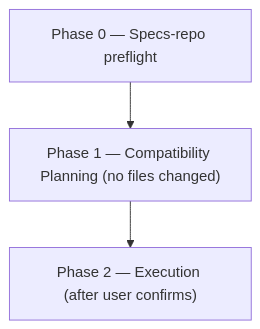
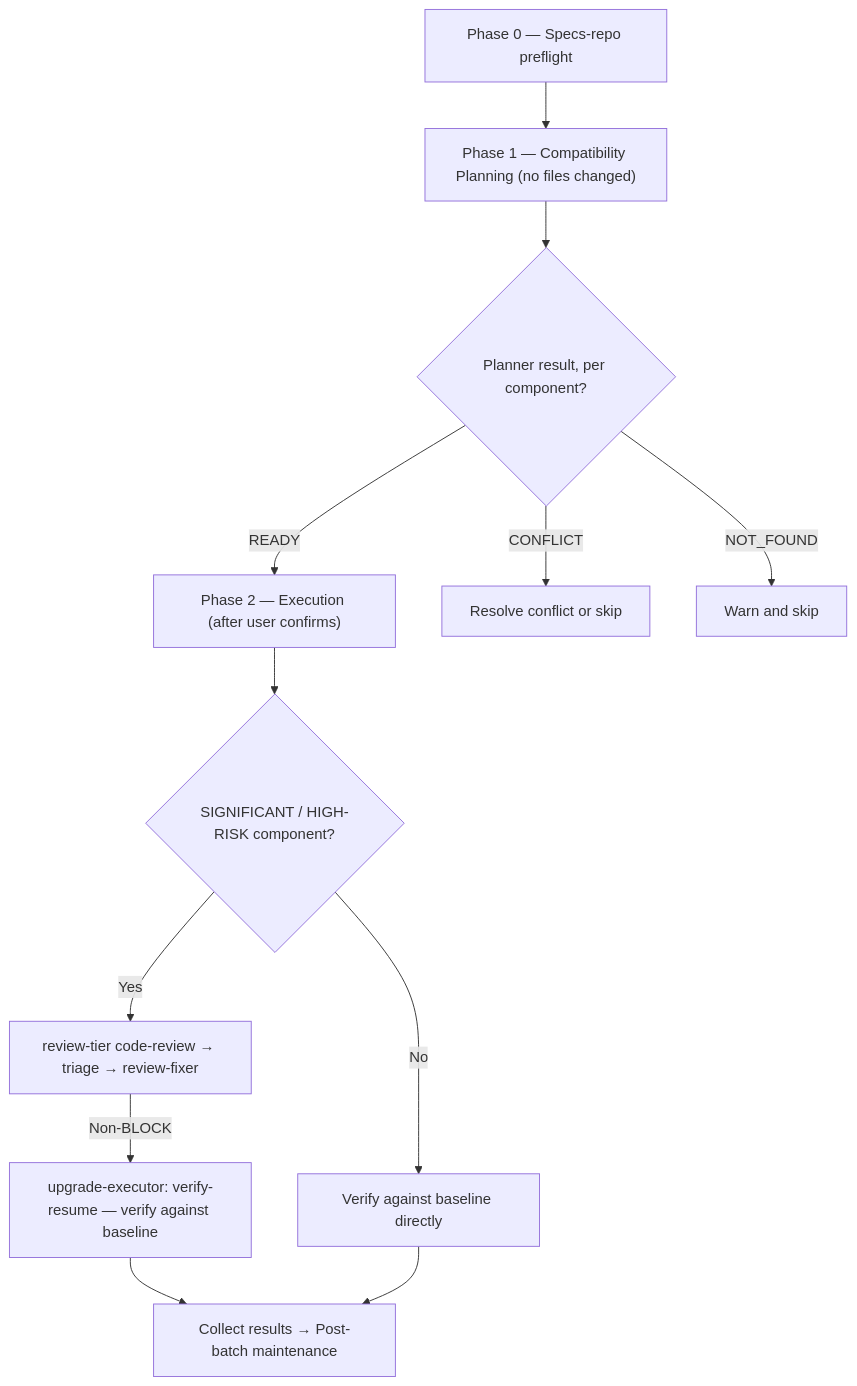
The diagram in dev-workflows/docs/skills/upgrade.md (ihudak/ihudak-copilot-plugins), drawn with Mermaid before and after one commit. The commit also changed 20 other files, not shown here.

First line of the commit message:
fix: workflow contracts — baseliner rows, release-note gap kinds, diagrams

````diff
--- a/dev-workflows/docs/skills/upgrade.md
+++ b/dev-workflows/docs/skills/upgrade.md
@@ -19,5 +19,14 @@
 ```mermaid
 flowchart TD
     p0["Phase 0 — Specs-repo preflight"] --> p1["Phase 1 — Compatibility Planning (no files changed)"]
-    p1 --> p2["Phase 2 — Execution (after user confirms)"]
+    p1 --> d1{"Planner result, per component?"}
+    d1 -->|READY| p2["Phase 2 — Execution (after user confirms)"]
+    d1 -->|CONFLICT| conflict["Resolve conflict or skip"]
+    d1 -->|NOT_FOUND| skip["Warn and skip"]
+    p2 --> d2{"SIGNIFICANT / HIGH-RISK component?"}
+    d2 -->|Yes| rv["review-tier code-review → triage → review-fixer"]
+    d2 -->|No| tv["Verify against baseline directly"]
+    rv -->|Non-BLOCK| resume["upgrade-executor: verify-resume — verify against baseline"]
+    resume --> done["Collect results → Post-batch maintenance"]
+    tv --> done
 ```
````
